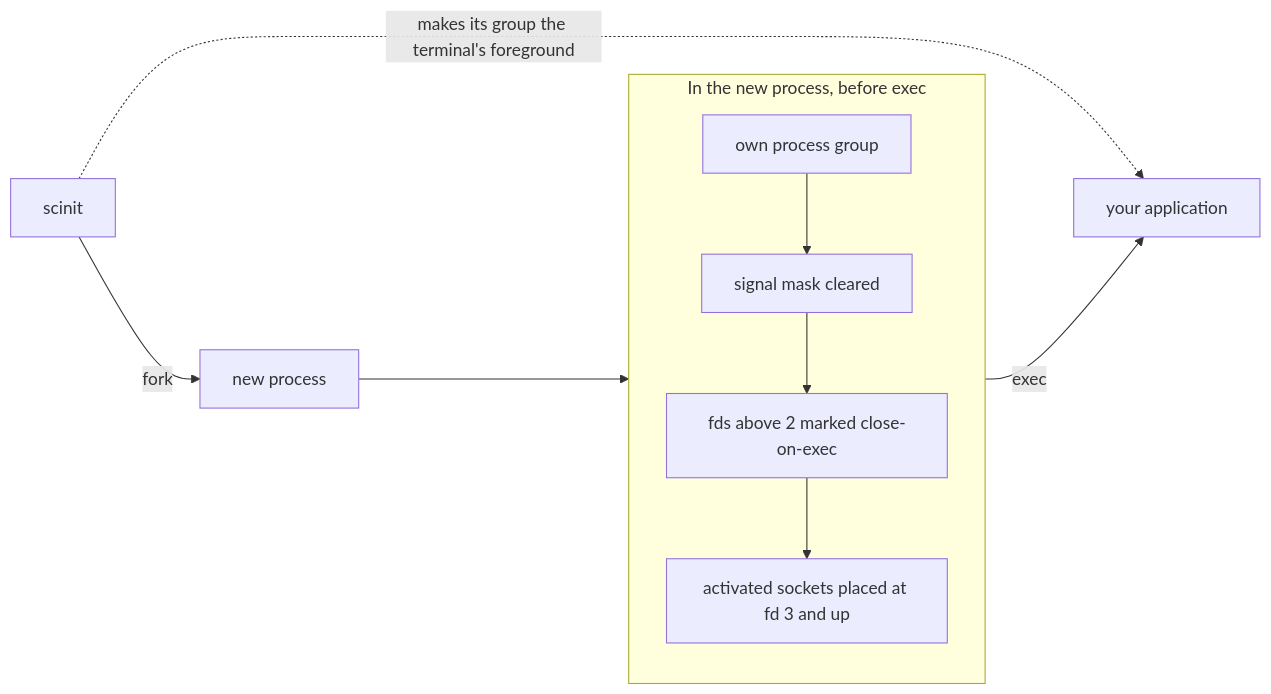
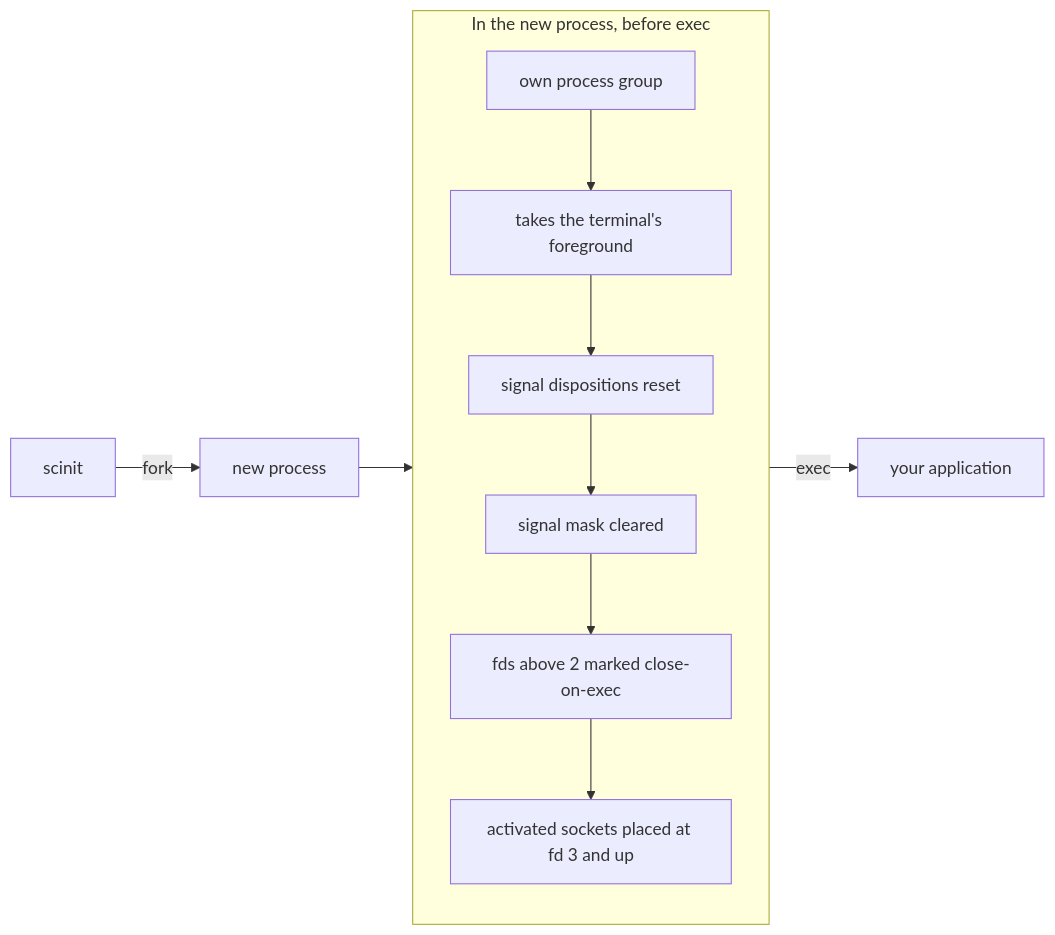
Before and after one commit to divoxx/scinit: the diagram in docs/guides/process-isolation.md, drawn with Mermaid. The commit also changed other lines of this file and 9 other files, not shown here.

First line of the commit message:
Reset inherited signal dispositions in scinit and the child

````diff
--- a/docs/guides/process-isolation.md
+++ b/docs/guides/process-isolation.md
@@ -7,13 +7,14 @@
 ```mermaid
 flowchart LR
     S["scinit"] -- fork --> C["new process"]
     subgraph prep["In the new process, before exec"]
         direction TB
-        P1["own process group"] --> P2["signal mask cleared"]
+        P1["own process group"] --> P0["takes the terminal's foreground"]
+        P0 --> PD["signal dispositions reset"]
+        PD --> P2["signal mask cleared"]
         P2 --> P3["fds above 2 marked close-on-exec"]
         P3 --> P4["activated sockets placed at fd 3 and up"]
     end
     C --> prep
     prep -- exec --> A["your application"]
-    S -. "makes its group the terminal's foreground" .-> A
 ```
````
